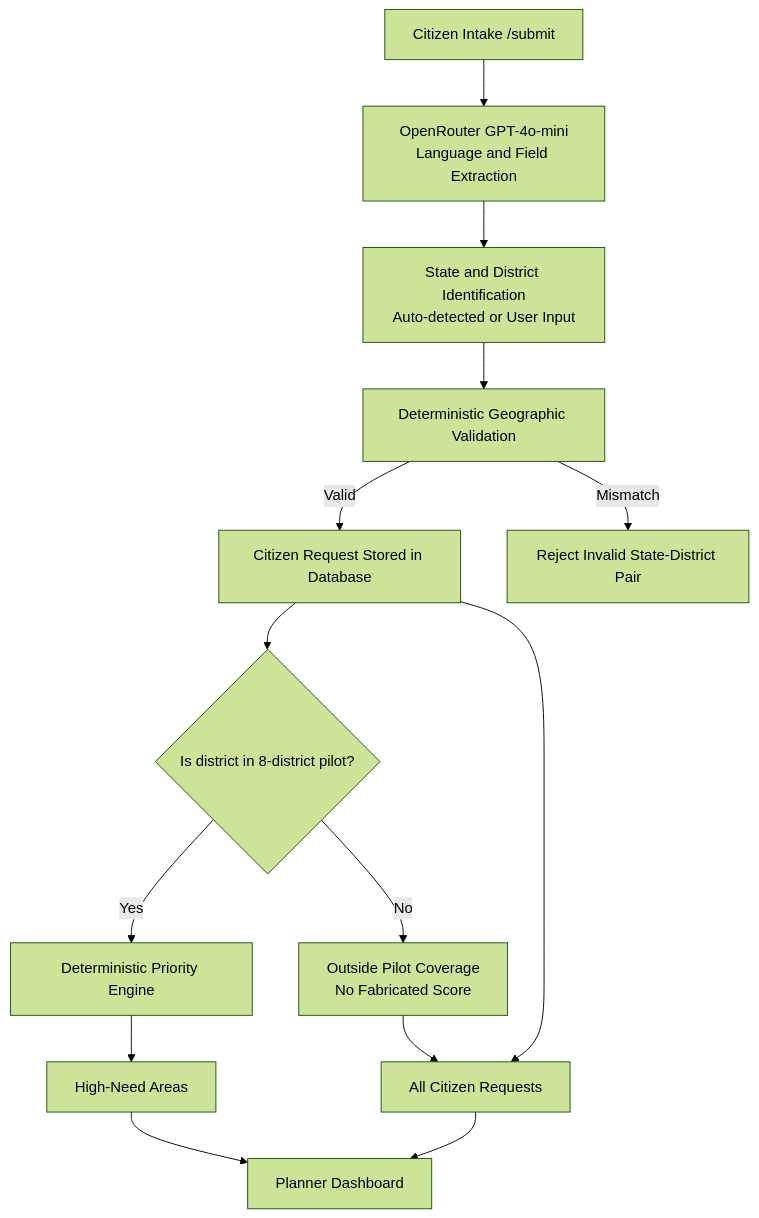
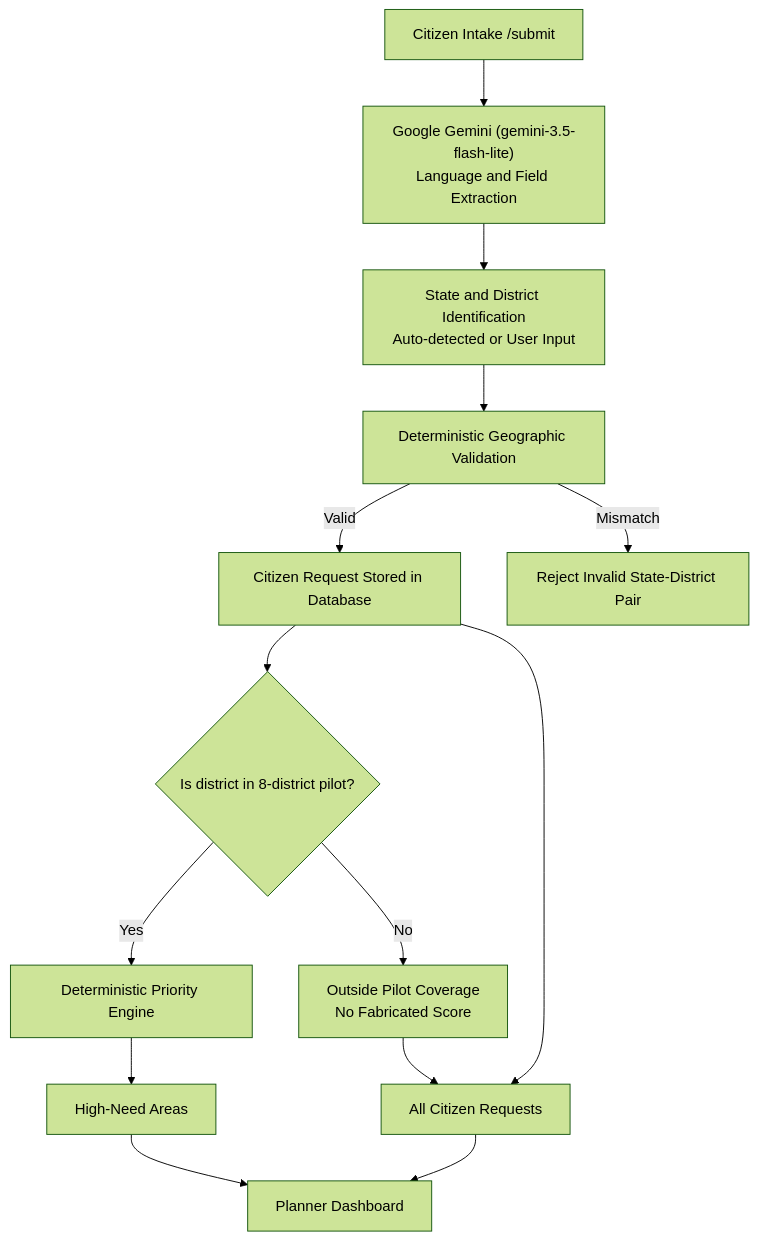
One commit to preethamsolanki28/jansanket changed the diagram in README.md. Above: the diagram before and after it, drawn with Mermaid (forest theme). The commit also changed other lines of this file and 13 other files, not shown here.

Commit message:
feat(TASK-067): Shifted from OpenRouter to Google Gemini integration (gemini-3.5-flash-lite)

````diff
--- a/README.md
+++ b/README.md
@@ -28,21 +28,21 @@
 ```mermaid
 flowchart TD
-    Citizen["Citizen Intake /submit"] --> AI["OpenRouter GPT-4o-mini<br/>Language and Field Extraction"]
+    Citizen["Citizen Intake /submit"] --> AI["Google Gemini (gemini-3.5-flash-lite)<br/>Language and Field Extraction"]
     AI --> Location["State and District Identification<br/>Auto-detected or User Input"]
     Location --> Geo["Deterministic Geographic Validation"]
 
     Geo -->|Valid| Stored["Citizen Request Stored in Database"]
     Geo -->|Mismatch| Reject["Reject Invalid State-District Pair"]
 
     Stored --> Pilot{"Is district in 8-district pilot?"}
 
     Pilot -->|Yes| Priority["Deterministic Priority Engine"]
     Pilot -->|No| Outside["Outside Pilot Coverage<br/>No Fabricated Score"]
 
     Priority --> Hotspot["High-Need Areas"]
     Hotspot --> Dashboard["Planner Dashboard"]
 
     Stored --> AllRequests["All Citizen Requests"]
     Outside --> AllRequests
     AllRequests --> Dashboard
 ```
````
